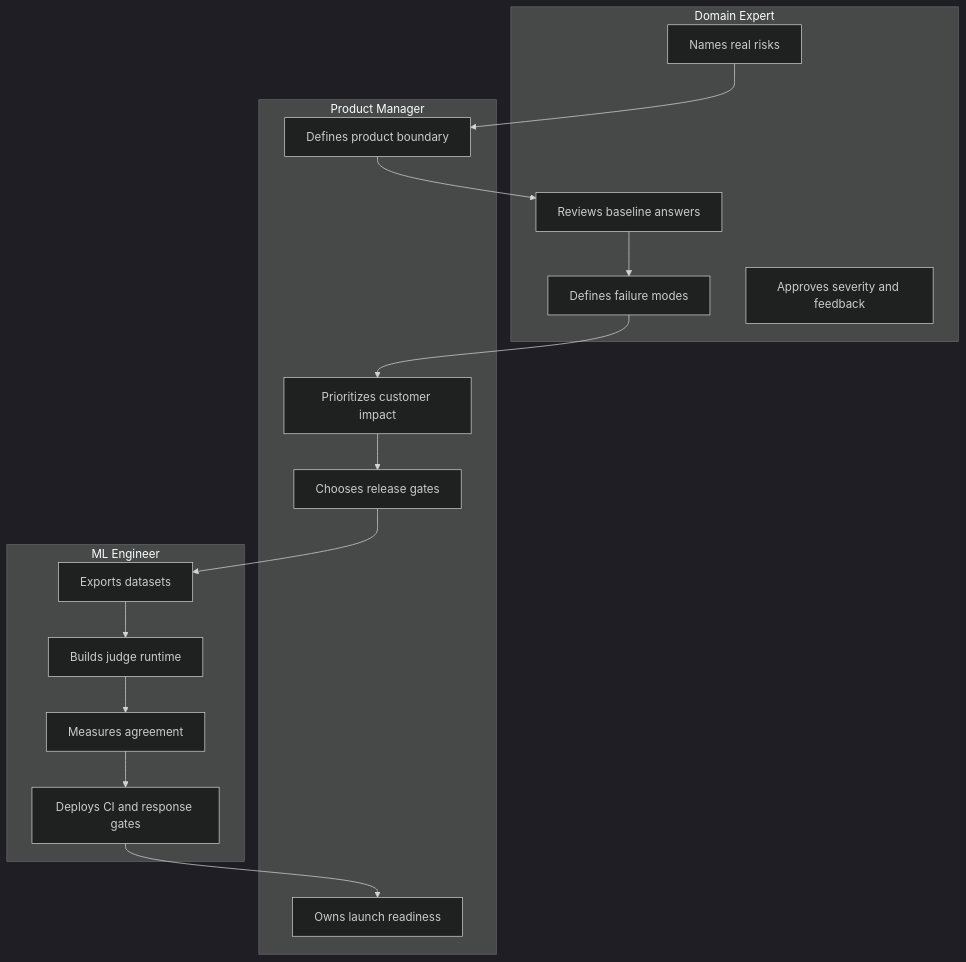
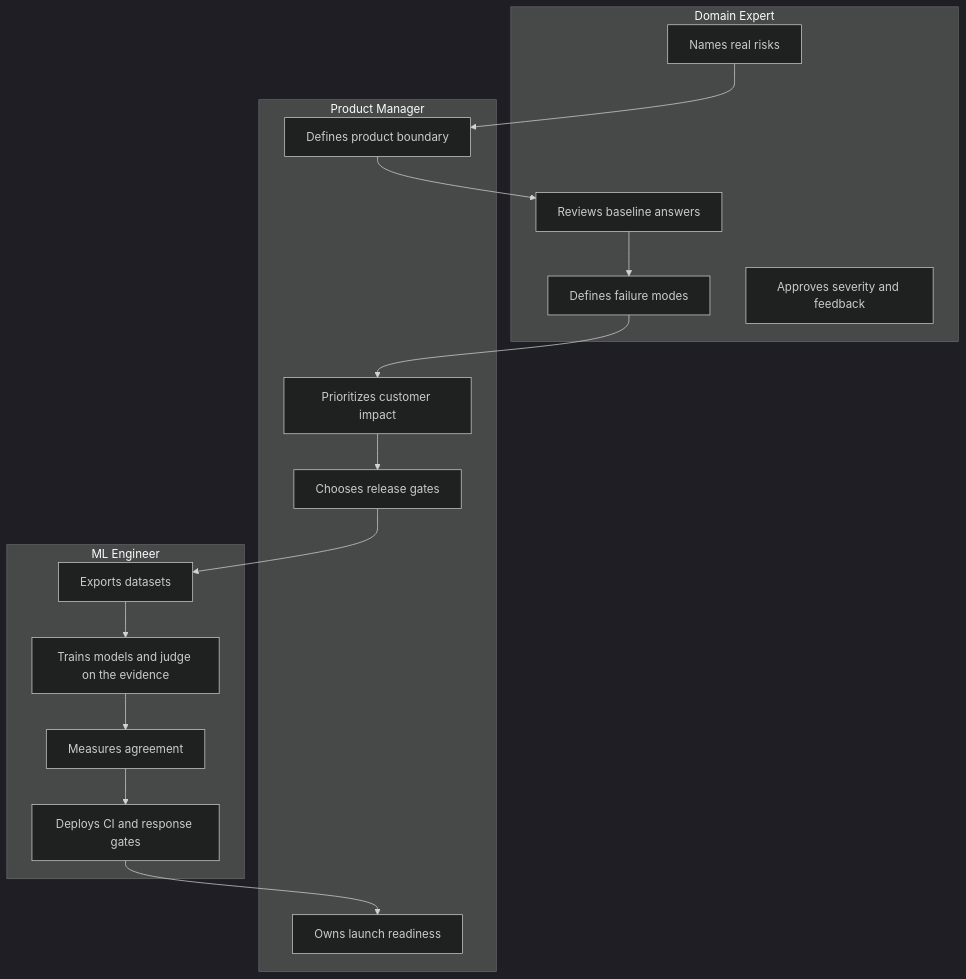
The second of 9 diagrams in README.md (aws-samples/sample-GEDD), drawn with Mermaid (dark theme) before and after one commit. The commit also changed other lines of this file and 2 other files, not shown here.

First line of the commit message:
Reposition GEDD as evidence -> measure, improve, guard; add DocILE proof point and round-2 SFT/DPO/RL roadmap

````diff
--- a/README.md
+++ b/README.md
@@ -73,34 +111,34 @@
 ```mermaid
 flowchart TB
     subgraph DE[Domain Expert]
         DE1[Names real risks]
         DE2[Reviews baseline answers]
         DE3[Defines failure modes]
         DE4[Approves severity and feedback]
     end
 
     subgraph PM[Product Manager]
         PM1[Defines product boundary]
         PM2[Prioritizes customer impact]
         PM3[Chooses release gates]
         PM4[Owns launch readiness]
     end
 
     subgraph ML[ML Engineer]
         ML1[Exports datasets]
-        ML2[Builds judge runtime]
+        ML2[Trains models and judge on the evidence]
         ML3[Measures agreement]
         ML4[Deploys CI and response gates]
     end
 
     DE1 --> PM1
     PM1 --> DE2
     DE2 --> DE3
     DE3 --> PM2
     PM2 --> PM3
     PM3 --> ML1
     ML1 --> ML2
     ML2 --> ML3
     ML3 --> ML4
     ML4 --> PM4
 ```
````
